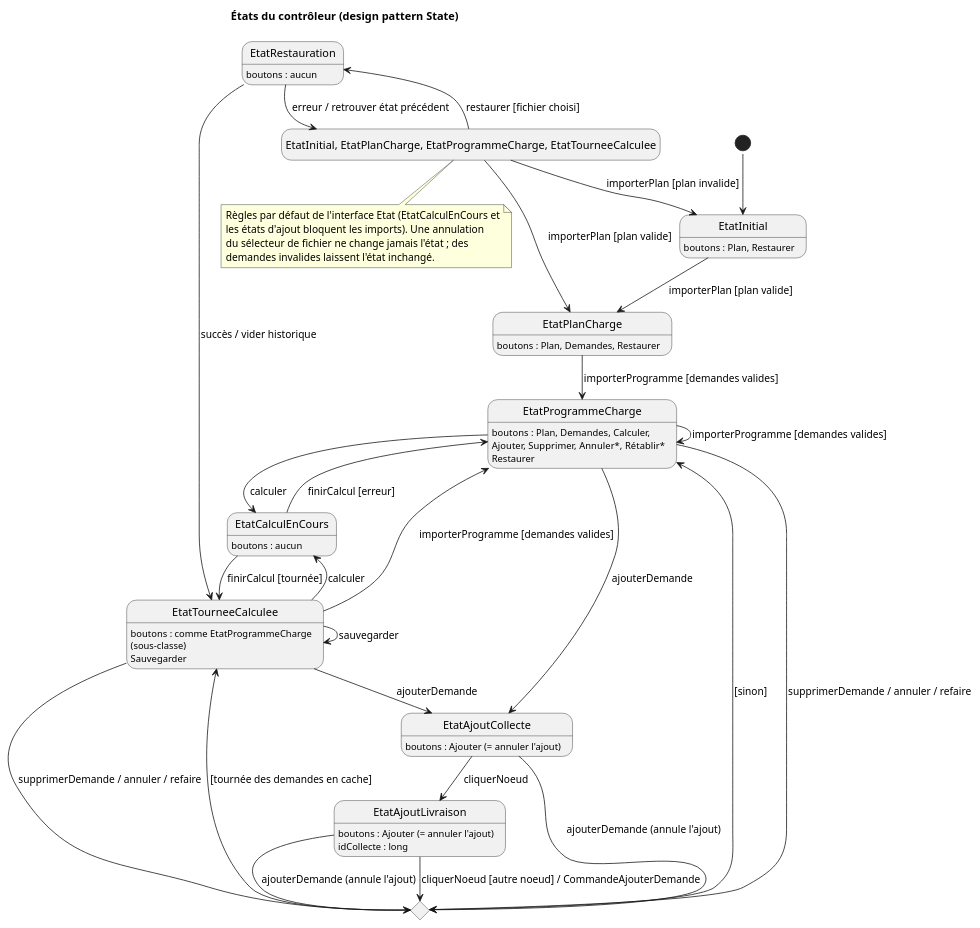
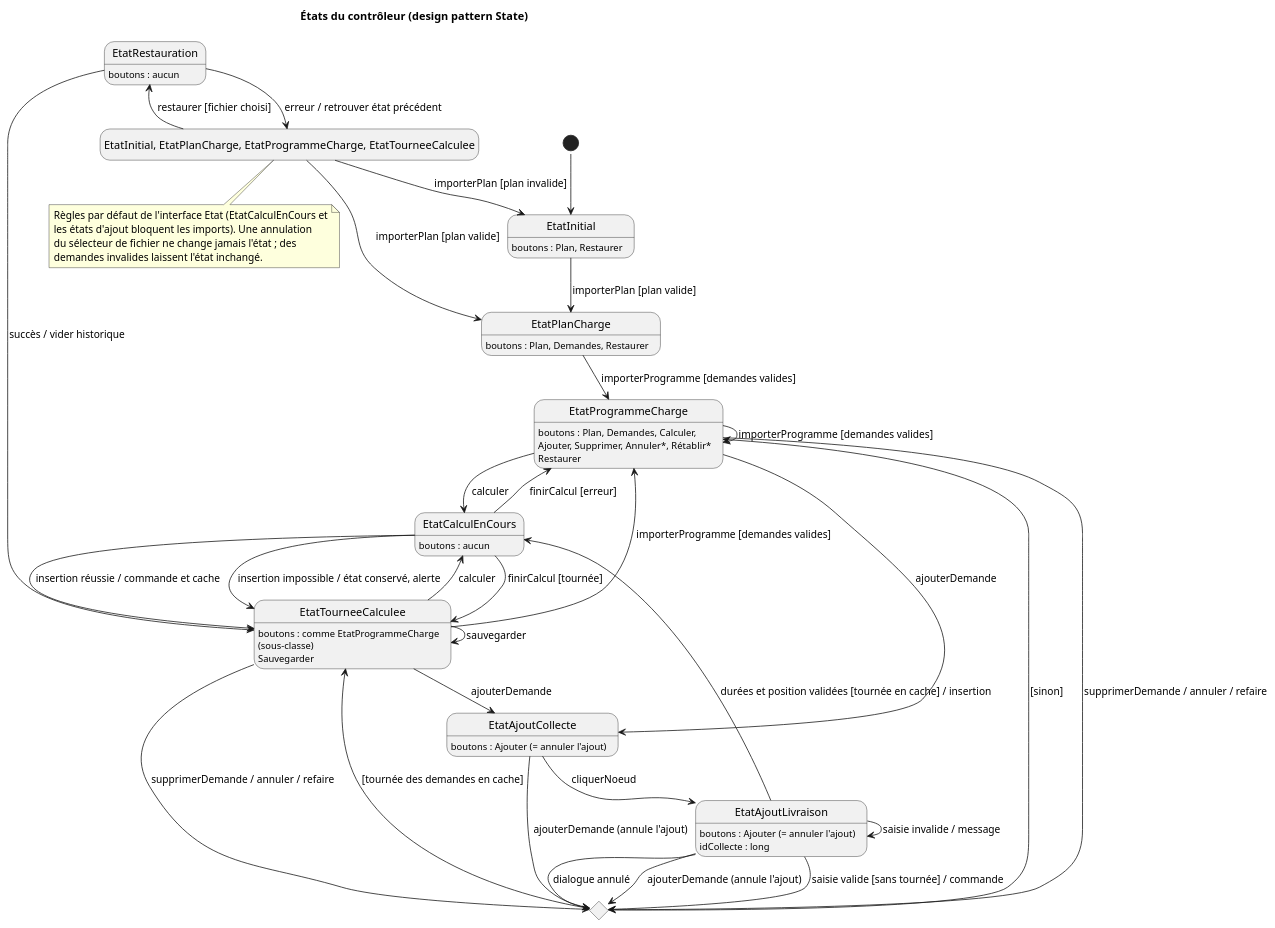
One commit to tristanhp/Optimod-Lyon changed the diagram in docs/diagrams/etats-controleur.puml. Above: the diagram before and after it, drawn with PlantUML. The commit also changed 17 other files, not shown here.

Commit message:
feat: ajouter une demande à une tournée sans relancer le TSP (TIG-68, TIG-102)

```diff
--- a/docs/diagrams/etats-controleur.puml
+++ b/docs/diagrams/etats-controleur.puml
@@ -1,56 +1,61 @@
 @startuml etats-controleur
 !pragma layout smetana
 title États du contrôleur (design pattern State)
 hide empty description
 [*] --> EtatInitial
 EtatInitial : boutons : Plan, Restaurer
 EtatPlanCharge : boutons : Plan, Demandes, Restaurer
 EtatProgrammeCharge : boutons : Plan, Demandes, Calculer,
 EtatProgrammeCharge : Ajouter, Supprimer, Annuler*, Rétablir*
 EtatProgrammeCharge : Restaurer
 EtatCalculEnCours : boutons : aucun
 EtatTourneeCalculee : boutons : comme EtatProgrammeCharge
 EtatTourneeCalculee : (sous-classe)
 EtatTourneeCalculee : Sauvegarder
 EtatRestauration : boutons : aucun
 EtatAjoutCollecte : boutons : Ajouter (= annuler l'ajout)
 EtatAjoutLivraison : boutons : Ajouter (= annuler l'ajout)
 EtatAjoutLivraison : idCollecte : long
 
 EtatInitial --> EtatPlanCharge : importerPlan [plan valide]
 EtatPlanCharge --> EtatProgrammeCharge : importerProgramme [demandes valides]
 EtatProgrammeCharge --> EtatCalculEnCours : calculer
 EtatCalculEnCours --> EtatTourneeCalculee : finirCalcul [tournée]
 EtatCalculEnCours --> EtatProgrammeCharge : finirCalcul [erreur]
 EtatTourneeCalculee --> EtatCalculEnCours : calculer
 EtatProgrammeCharge --> EtatProgrammeCharge : importerProgramme [demandes valides]
 EtatTourneeCalculee --> EtatProgrammeCharge : importerProgramme [demandes valides]
 
 state "Choix de l'état selon le cache" as cache <<choice>>
 EtatProgrammeCharge --> cache : supprimerDemande / annuler / refaire
 EtatTourneeCalculee --> cache : supprimerDemande / annuler / refaire
 cache --> EtatTourneeCalculee : [tournée des demandes en cache]
 cache --> EtatProgrammeCharge : [sinon]
 
 EtatProgrammeCharge --> EtatAjoutCollecte : ajouterDemande
 EtatTourneeCalculee --> EtatAjoutCollecte : ajouterDemande
 EtatAjoutCollecte --> EtatAjoutLivraison : cliquerNoeud
-EtatAjoutLivraison --> cache : cliquerNoeud [autre noeud] / CommandeAjouterDemande
+EtatAjoutLivraison --> cache : saisie valide [sans tournée] / commande
+EtatAjoutLivraison --> EtatCalculEnCours : durées et position validées [tournée en cache] / insertion
+EtatCalculEnCours --> EtatTourneeCalculee : insertion réussie / commande et cache
+EtatCalculEnCours --> EtatTourneeCalculee : insertion impossible / état conservé, alerte
+EtatAjoutLivraison --> cache : dialogue annulé
+EtatAjoutLivraison --> EtatAjoutLivraison : saisie invalide / message
 EtatAjoutCollecte --> cache : ajouterDemande (annule l'ajout)
 EtatAjoutLivraison --> cache : ajouterDemande (annule l'ajout)
 
 state "EtatInitial, EtatPlanCharge, EtatProgrammeCharge, EtatTourneeCalculee" as tous
 tous --> EtatPlanCharge : importerPlan [plan valide]
 tous --> EtatInitial : importerPlan [plan invalide]
 tous --> EtatRestauration : restaurer [fichier choisi]
 EtatRestauration --> EtatTourneeCalculee : succès / vider historique
 EtatRestauration --> tous : erreur / retrouver état précédent
 EtatTourneeCalculee --> EtatTourneeCalculee : sauvegarder
 
 note bottom of tous
 Règles par défaut de l'interface Etat (EtatCalculEnCours et
 les états d'ajout bloquent les imports). Une annulation
 du sélecteur de fichier ne change jamais l'état ; des
 demandes invalides laissent l'état inchangé.
 end note
 @enduml
```
